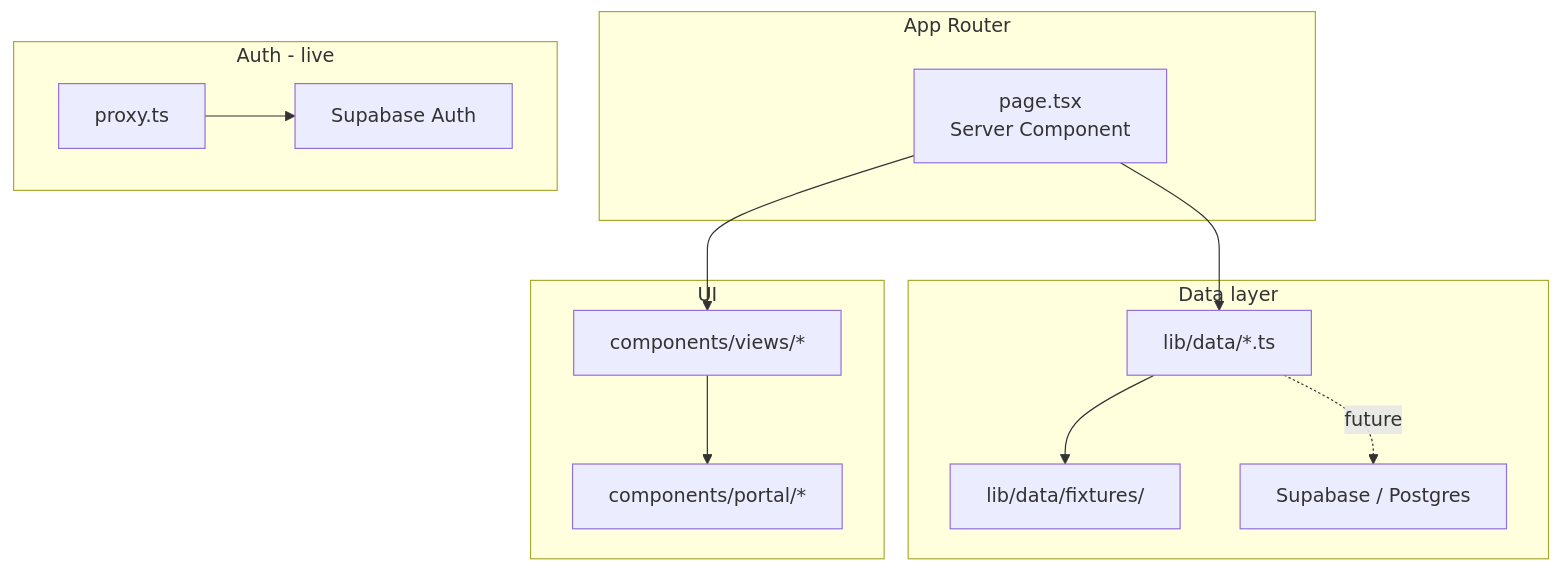
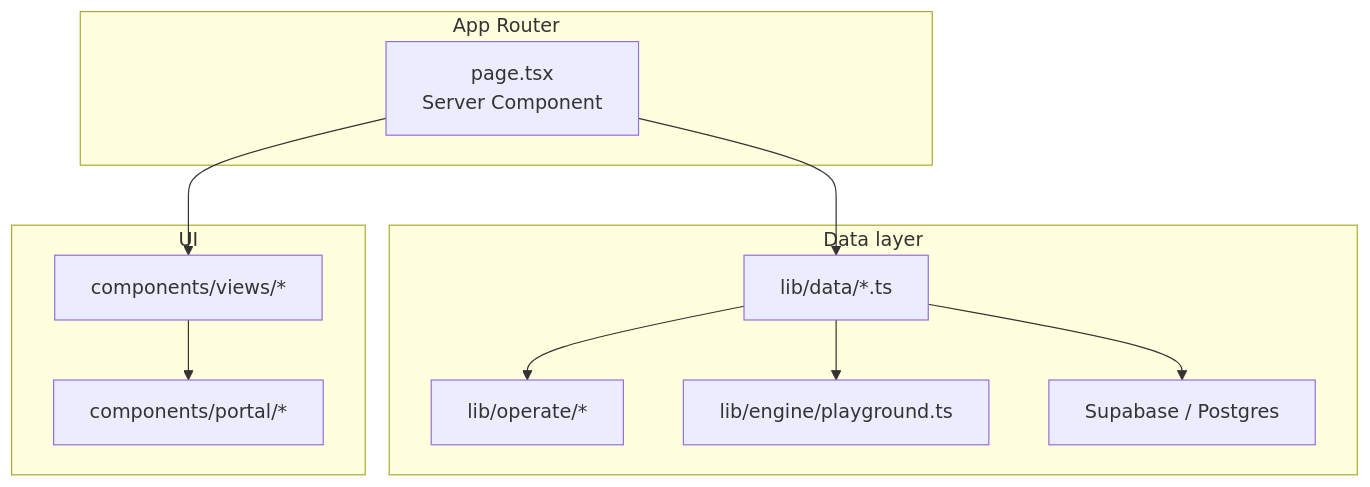
The diagram in README.md (Ronin5205/amakai), drawn with Mermaid before and after one commit. The commit also changed other lines of this file and 102 other files, not shown here.

````diff
--- a/README.md
+++ b/README.md
@@ -74,25 +79,22 @@
 ```mermaid
 flowchart TB
   subgraph routes [App Router]
     Page["page.tsx\nServer Component"]
   end
   subgraph data [Data layer]
     Accessor["lib/data/*.ts"]
-    Fixtures["lib/data/fixtures/"]
+    Insights["lib/operate/*"]
+    Engine["lib/engine/playground.ts"]
     Supabase["Supabase / Postgres"]
   end
   subgraph ui [UI]
     View["components/views/*"]
     Widgets["components/portal/*"]
   end
-  subgraph auth [Auth - live]
-    Proxy["proxy.ts"]
-    SBAuth["Supabase Auth"]
-  end
   Page --> Accessor
-  Accessor --> Fixtures
-  Accessor -.->|"future"| Supabase
+  Accessor --> Supabase
+  Accessor --> Insights
+  Accessor --> Engine
   Page --> View
   View --> Widgets
-  Proxy --> SBAuth
 ```
````
